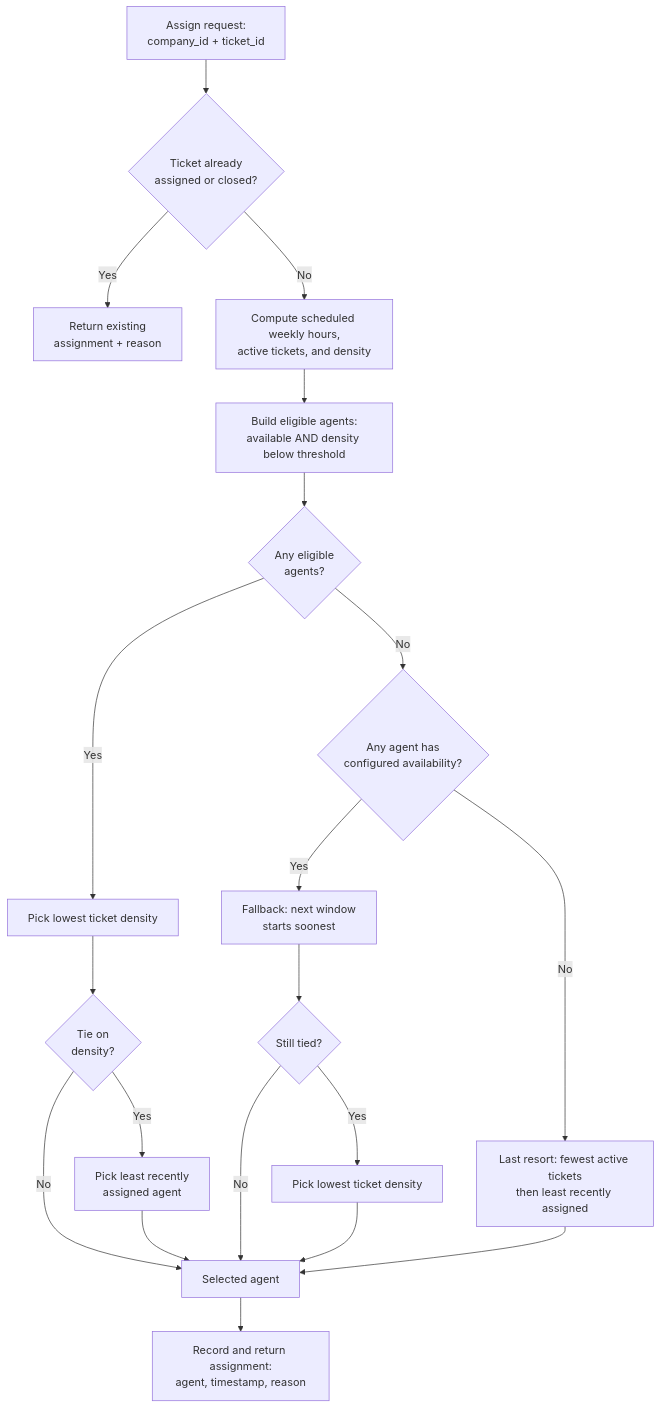
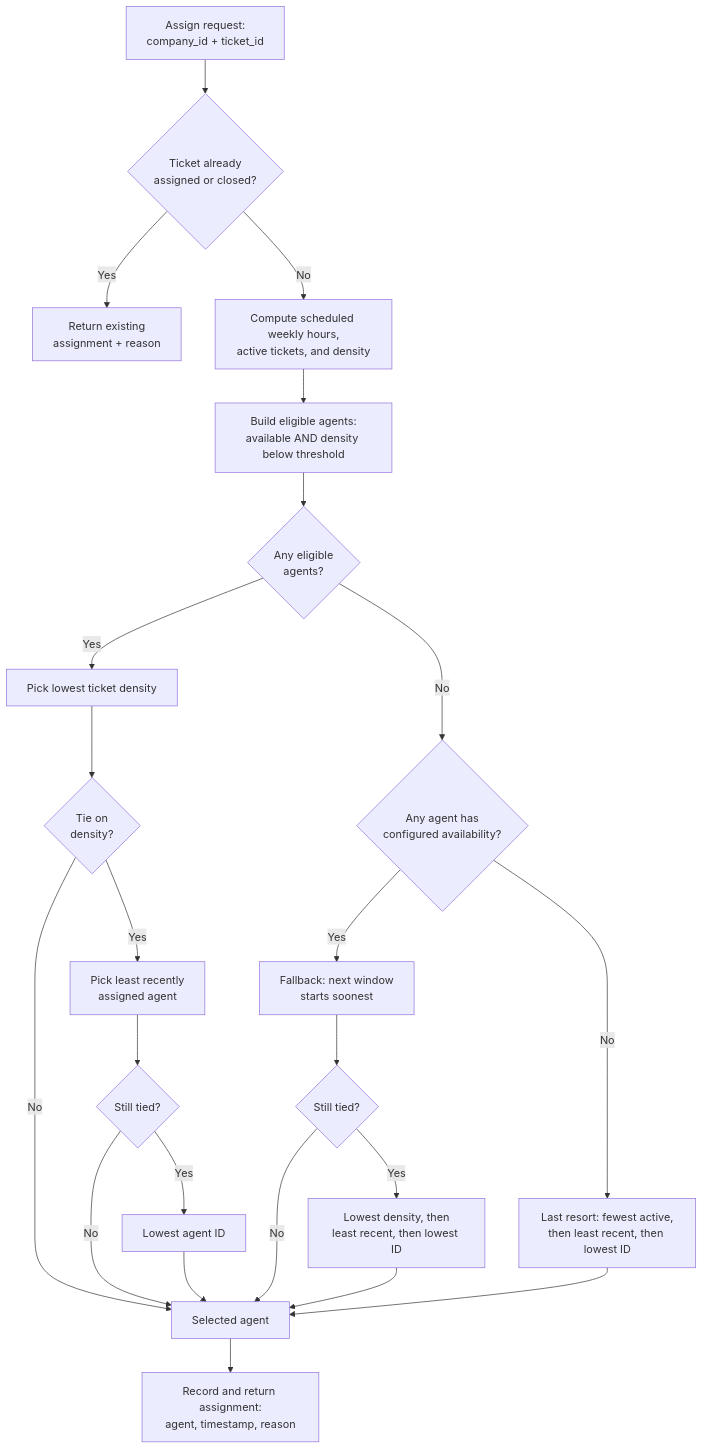
The diagram in docs/prd.md (anshmehta7x/clearfeed-work-trial), drawn with Mermaid before and after one commit. The commit also changed other lines of this file, not shown here.

Commit message:
fix(prd): Define density threshold, ownership priority, and stable tie-break

````diff
--- a/docs/prd.md
+++ b/docs/prd.md
@@ -102,22 +106,25 @@
 ```mermaid
 flowchart TD
     A[Assign request:<br/>company_id + ticket_id] --> B{Ticket already<br/>assigned or closed?}
     B -- Yes --> Z[Return existing<br/>assignment + reason]
     B -- No --> C[Compute scheduled weekly hours,<br/>active tickets, and density]
     C --> D[Build eligible agents:<br/>available AND density below threshold]
     D --> E{Any eligible<br/>agents?}
     E -- Yes --> F[Pick lowest ticket density]
     F --> G{Tie on<br/>density?}
     G -- Yes --> H[Pick least recently<br/>assigned agent]
     G -- No --> I[Selected agent]
-    H --> I
+    H --> P{Still tied?}
+    P -- Yes --> Q[Lowest agent ID]
+    P -- No --> I
+    Q --> I
     E -- No --> N{Any agent has<br/>configured availability?}
     N -- Yes --> J[Fallback: next window<br/>starts soonest]
     J --> K{Still tied?}
-    K -- Yes --> L[Pick lowest ticket density]
+    K -- Yes --> L[Lowest density, then<br/>least recent, then lowest ID]
     K -- No --> I
     L --> I
-    N -- No --> O[Last resort: fewest active tickets<br/>then least recently assigned]
+    N -- No --> O[Last resort: fewest active,<br/>then least recent, then lowest ID]
     O --> I
     I --> M[Record and return assignment:<br/>agent, timestamp, reason]
 ```
````
